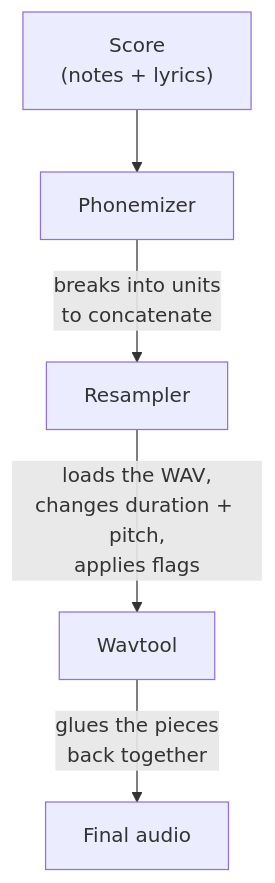
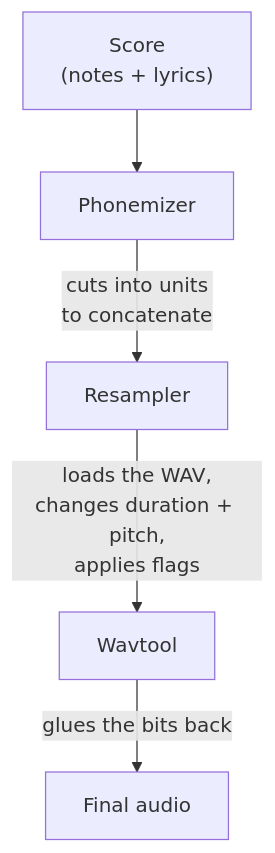
The second of 2 diagrams in public/articles/en/utau.md (fox3000foxy/fox3000foxy.github.io), drawn with Mermaid before and after one commit. The commit also changed other lines of this file and 576 other files, not shown here.

````diff
--- a/public/articles/en/utau.md
+++ b/public/articles/en/utau.md
@@ -118,7 +118,7 @@
 ```mermaid
 flowchart TD
     A["Score<br/>(notes + lyrics)"] --> B[Phonemizer]
-    B -->|"breaks into units<br/>to concatenate"| C[Resampler]
+    B -->|"cuts into units<br/>to concatenate"| C[Resampler]
     C -->|"loads the WAV,<br/>changes duration + pitch,<br/>applies flags"| D[Wavtool]
-    D -->|"glues the pieces<br/>back together"| E["Final audio"]
+    D -->|"glues the bits back"| E["Final audio"]
 ```
````
